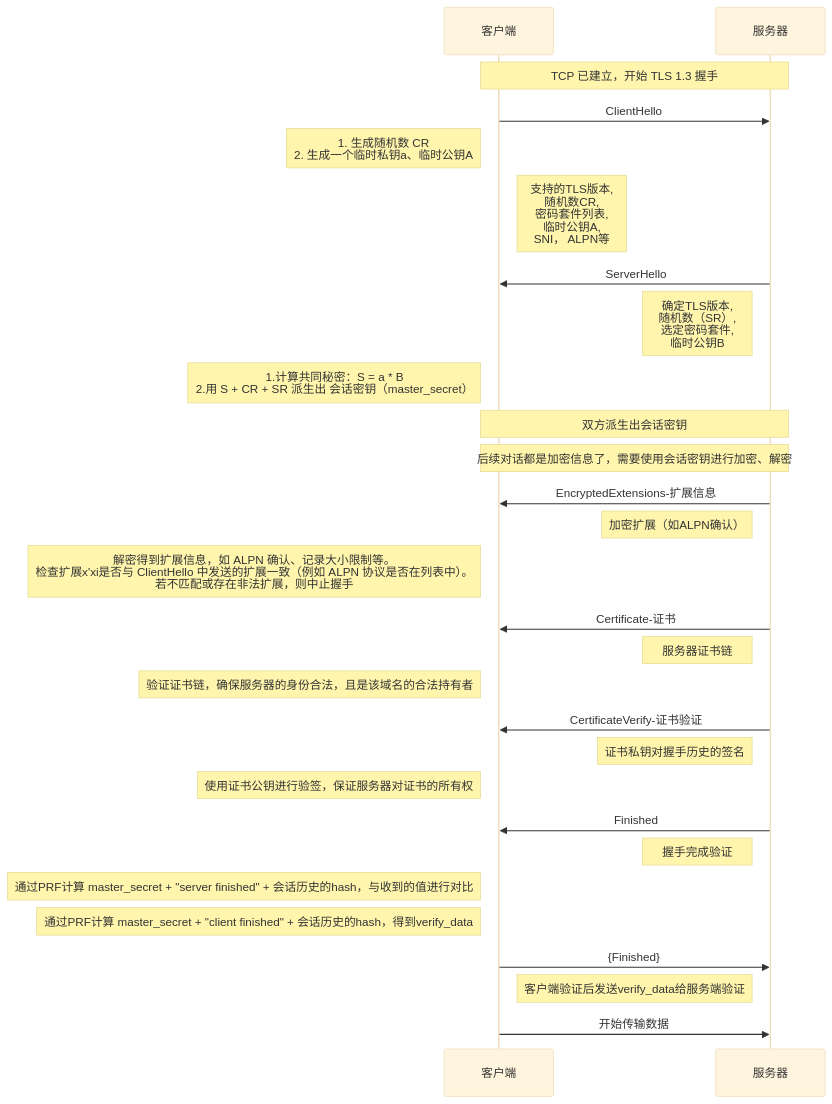
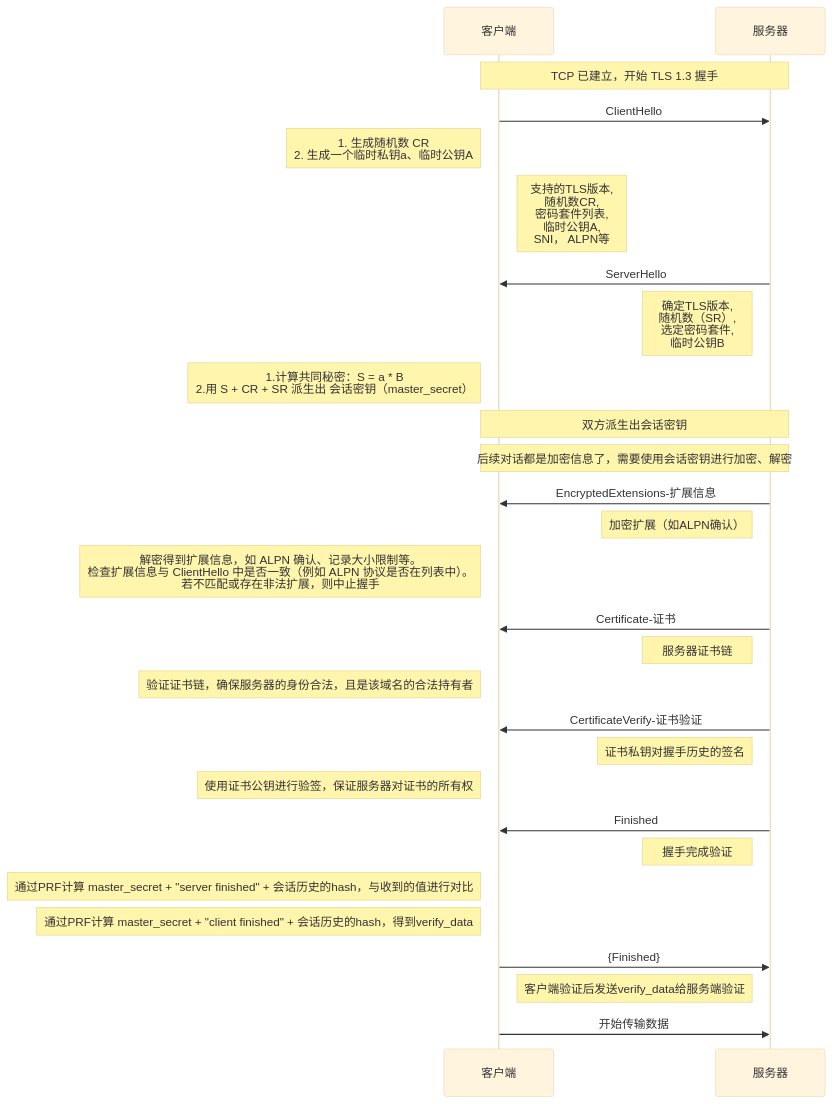
The diagram in all/TLS-1.3-通用.md (HY-10-8/iodraw-files), drawn with Mermaid (base theme) before and after one commit.

Commit message:
2026-03-31 11:10:25 update

````diff
--- a/all/TLS-1.3-通用.md
+++ b/all/TLS-1.3-通用.md
@@ -1,40 +1,40 @@
 ```mermaid
 sequenceDiagram
     participant C as 客户端
     participant S as 服务器
 
     Note over C,S: TCP 已建立，开始 TLS 1.3 握手
 
     C->>S: ClientHello
     Note left of C: 1. 生成随机数 CR<br/> 2. 生成一个临时私钥a、临时公钥A
     Note right of C: 支持的TLS版本,<br/> 随机数CR,<br/> 密码套件列表,<br/> 临时公钥A,<br/> SNI， ALPN等
 
     S->>C: ServerHello
     Note left of S: 确定TLS版本, <br/>随机数（SR）,<br/> 选定密码套件, <br/>临时公钥B
     Note left of C: 1.计算共同秘密：S = a * B<br/> 2.用 S + CR + SR 派生出 会话密钥（master_secret）
 
     Note over C,S: 双方派生出会话密钥
     Note over C,S: 后续对话都是加密信息了，需要使用会话密钥进行加密、解密
 
     S->>C: EncryptedExtensions-扩展信息
     Note left of S: 加密扩展（如ALPN确认）
-    Note left of C: 解密得到扩展信息，如 ALPN 确认、记录大小限制等。<br/>检查扩展x'xi是否与 ClientHello 中发送的扩展一致（例如 ALPN 协议是否在列表中）。<br/> 若不匹配或存在非法扩展，则中止握手
+    Note left of C: 解密得到扩展信息，如 ALPN 确认、记录大小限制等。<br/>检查扩展信息与 ClientHello 中是否一致（例如 ALPN 协议是否在列表中）。<br/> 若不匹配或存在非法扩展，则中止握手
 
     S->>C: Certificate-证书
     Note left of S: 服务器证书链
     Note left of C: 验证证书链，确保服务器的身份合法，且是该域名的合法持有者
 
     S->>C: CertificateVerify-证书验证
     Note left of S: 证书私钥对握手历史的签名
     Note left of C: 使用证书公钥进行验签，保证服务器对证书的所有权
 
     S->>C: Finished
     Note left of S: 握手完成验证
     Note left of C: 通过PRF计算 master_secret + "server finished" + 会话历史的hash，与收到的值进行对比
     Note left of C: 通过PRF计算 master_secret + "client finished" + 会话历史的hash，得到verify_data
 
     C->>S: {Finished}
     Note right of C: 客户端验证后发送verify_data给服务端验证
 
     C->>S: 开始传输数据
 ```
````
